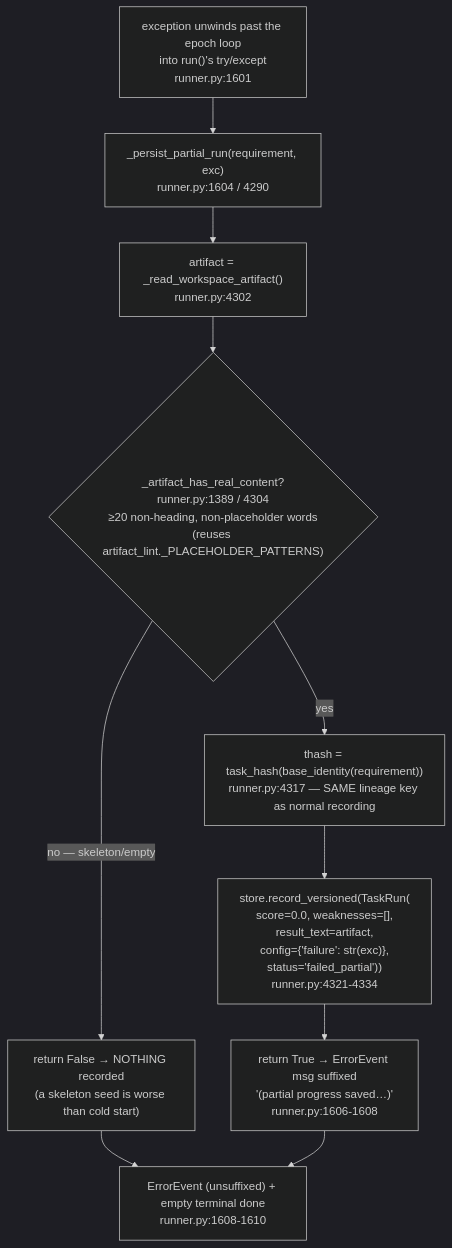
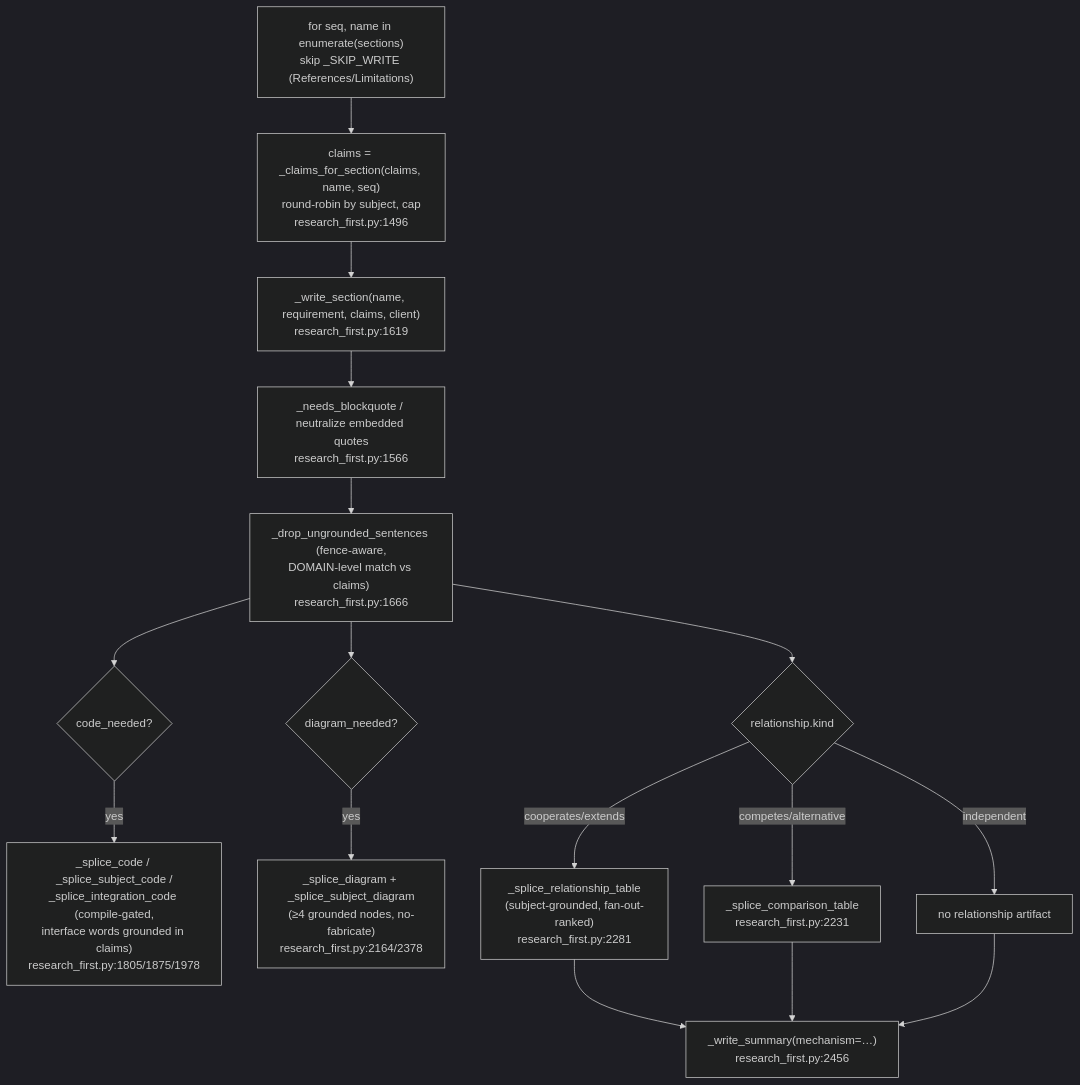
Before and after one commit to shaneliuyx/agentkit: the fifth of 7 diagrams in agentkit-studio/ARCHITECTURE-doc-generation-pipeline.md, drawn with Mermaid (dark theme). The commit also changed other lines of this file and 1 other file, not shown here.

First line of the commit message:
docs: research_first-only architecture doc + codex-gate-clear plan status

````diff
--- a/agentkit-studio/ARCHITECTURE-doc-generation-pipeline.md
+++ b/agentkit-studio/ARCHITECTURE-doc-generation-pipeline.md
@@ -477,12 +171,18 @@
 ```mermaid
 flowchart TD
-    K0["exception unwinds past the epoch loop<br/>into run()'s try/except<br/>runner.py:1601"] --> K1["_persist_partial_run(requirement, exc)<br/>runner.py:1604 / 4290"]
-    K1 --> K2["artifact = _read_workspace_artifact()<br/>runner.py:4302"]
-    K2 --> K3{"_artifact_has_real_content?<br/>runner.py:1389 / 4304<br/>≥20 non-heading, non-placeholder words<br/>(reuses artifact_lint._PLACEHOLDER_PATTERNS)"}
-    K3 -->|no — skeleton/empty| K4["return False → NOTHING recorded<br/>(a skeleton seed is worse than cold start)"]
-    K3 -->|yes| K5["thash = task_hash(base_identity(requirement))<br/>runner.py:4317 — SAME lineage key as normal recording"]
-    K5 --> K6["store.record_versioned(TaskRun(<br/>score=0.0, weaknesses=[],<br/>result_text=artifact,<br/>config={'failure': str(exc)},<br/>status='failed_partial'))<br/>runner.py:4321-4334"]
-    K6 --> K7["return True → ErrorEvent msg suffixed<br/>'(partial progress saved…)'<br/>runner.py:1606-1608"]
-    K4 --> K8["ErrorEvent (unsuffixed) + empty terminal done<br/>runner.py:1608-1610"]
-    K7 --> K8
+    W0["for seq, name in enumerate(sections)<br/>skip _SKIP_WRITE (References/Limitations)"] --> W1["claims = _claims_for_section(claims, name, seq)<br/>round-robin by subject, cap<br/>research_first.py:1496"]
+    W1 --> W2["_write_section(name, requirement, claims, client)<br/>research_first.py:1619"]
+    W2 --> W3["_needs_blockquote / neutralize embedded quotes<br/>research_first.py:1566"]
+    W3 --> W4["_drop_ungrounded_sentences (fence-aware,<br/>DOMAIN-level match vs claims)<br/>research_first.py:1666"]
+    W4 --> CODE{"code_needed?"}
+    CODE -->|yes| C1["_splice_code / _splice_subject_code /<br/>_splice_integration_code (compile-gated,<br/>interface words grounded in claims)<br/>research_first.py:1805/1875/1978"]
+    W4 --> DIA{"diagram_needed?"}
+    DIA -->|yes| D1["_splice_diagram + _splice_subject_diagram<br/>(≥4 grounded nodes, no-fabricate)<br/>research_first.py:2164/2378"]
+    W4 --> REL{"relationship.kind"}
+    REL -->|cooperates/extends| T1["_splice_relationship_table<br/>(subject-grounded, fan-out-ranked)<br/>research_first.py:2281"]
+    REL -->|competes/alternative| T2["_splice_comparison_table<br/>research_first.py:2231"]
+    REL -->|independent| T3["no relationship artifact"]
+    T1 --> SUM["_write_summary(mechanism=…)<br/>research_first.py:2456"]
+    T2 --> SUM
+    T3 --> SUM
 ```
````
